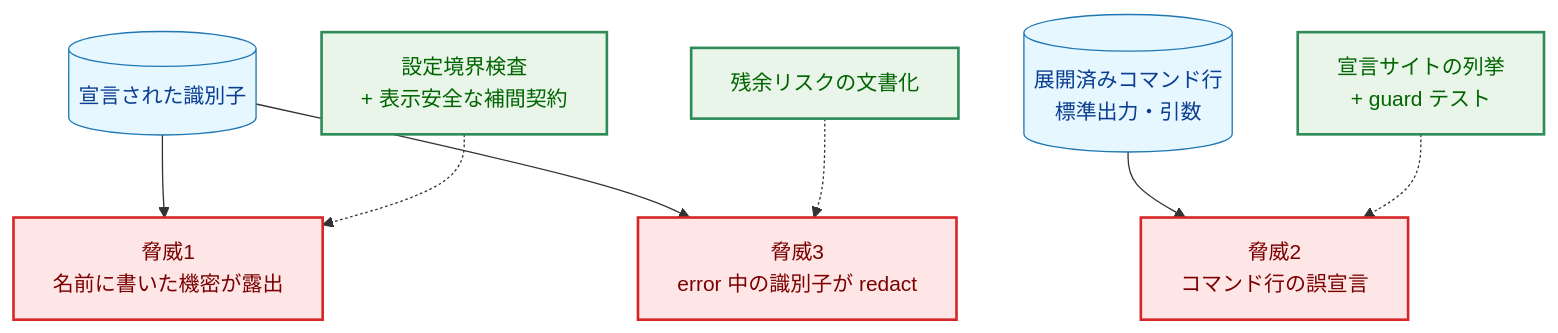
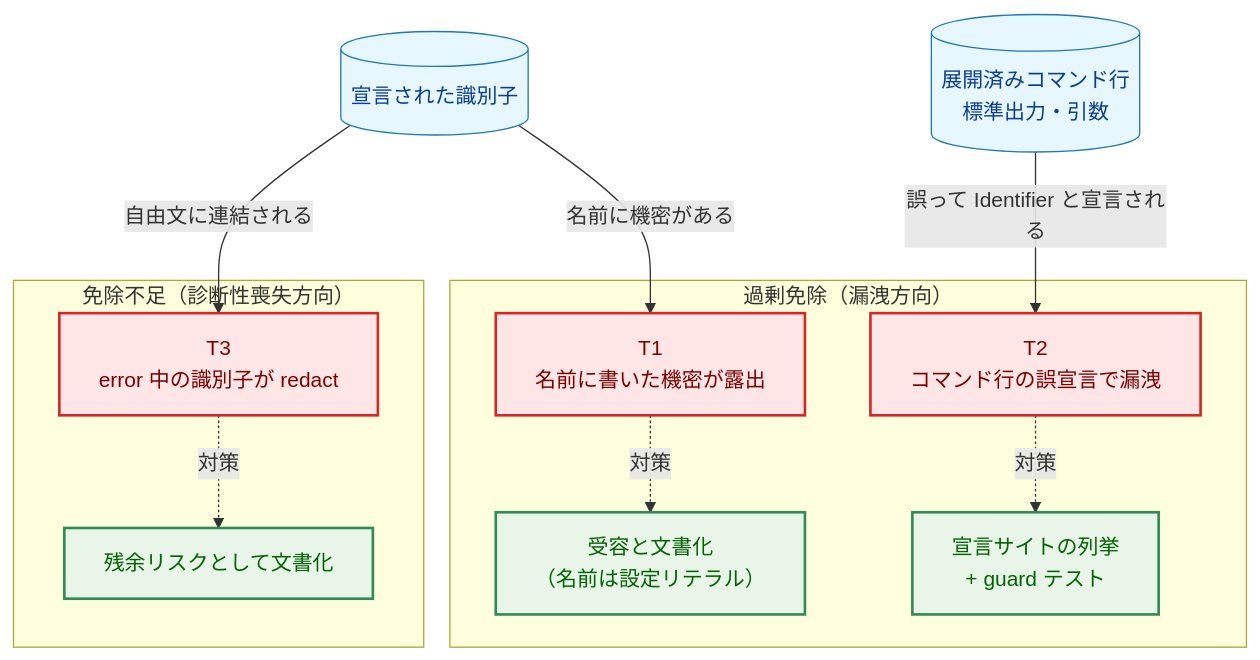
One commit to isseis/go-safe-cmd-runner changed the seventh of 12 diagrams in docs/tasks/0173_identifier_redaction_exemption/02_architecture.md. Above: the diagram before and after it, drawn with Mermaid. The commit also changed other lines of this file, not shown here.

Commit message:
docs(0173): clarify the 5.1 threat model
Split the threats into the two opposite failure directions (over-
exemption leaks vs under-exemption loses diagnosability), place inputs
above and mitigations below the threats, and label the solid edges with
the condition that triggers each threat. Add a threat/condition/impact/
mitigation/residual/AC table and state that the exemption affects
display and audit correlation only.

````diff
--- a/docs/tasks/0173_identifier_redaction_exemption/02_architecture.md
+++ b/docs/tasks/0173_identifier_redaction_exemption/02_architecture.md
@@ -470,26 +470,32 @@
 ```mermaid
 flowchart TD
     classDef data fill:#e6f7ff,stroke:#1f77b4,stroke-width:1px,color:#0b3d91;
     classDef enhanced fill:#e8f5e8,stroke:#2e8b57,stroke-width:2px,color:#006400;
     classDef problem fill:#ffe6e6,stroke:#d62728,stroke-width:2px,color:#7b0000;
 
     NAME[("宣言された識別子")]
     LINE[("展開済みコマンド行<br>標準出力・引数")]
-    T1["脅威1<br>名前に書いた機密が露出"]
-    T2["脅威2<br>コマンド行の誤宣言"]
-    T3["脅威3<br>error 中の識別子が redact"]
-    C1["設定境界検査<br>+ 表示安全な補間契約"]
-    C2["宣言サイトの列挙<br>+ guard テスト"]
-    C3["残余リスクの文書化"]
 
-    NAME --> T1
-    LINE --> T2
-    NAME --> T3
-    C1 -.-> T1
-    C2 -.-> T2
-    C3 -.-> T3
+    subgraph Leak["過剰免除（漏洩方向）"]
+        T1["T1<br>名前に書いた機密が露出"]
+        T2["T2<br>コマンド行の誤宣言で漏洩"]
+        C1["受容と文書化<br>（名前は設定リテラル）"]
+        C2["宣言サイトの列挙<br>+ guard テスト"]
+    end
+
+    subgraph Loss["免除不足（診断性喪失方向）"]
+        T3["T3<br>error 中の識別子が redact"]
+        C3["残余リスクとして文書化"]
+    end
+
+    NAME -->|"名前に機密がある"| T1
+    NAME -->|"自由文に連結される"| T3
+    LINE -->|"誤って Identifier と宣言される"| T2
+    T1 -.->|"対策"| C1
+    T2 -.->|"対策"| C2
+    T3 -.->|"対策"| C3
 
     class NAME,LINE data
+    class T1,T2,T3 problem
     class C1,C2,C3 enhanced
-    class T1,T2,T3 problem
 ```
````
